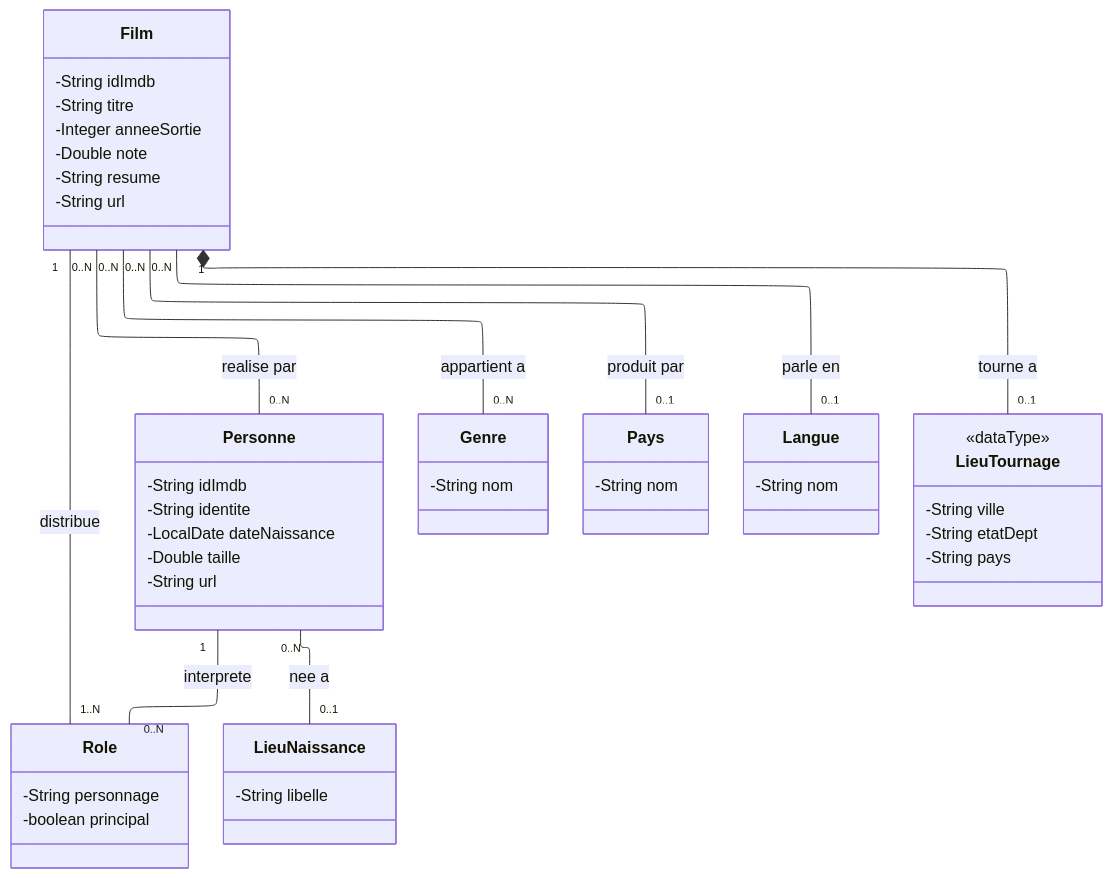
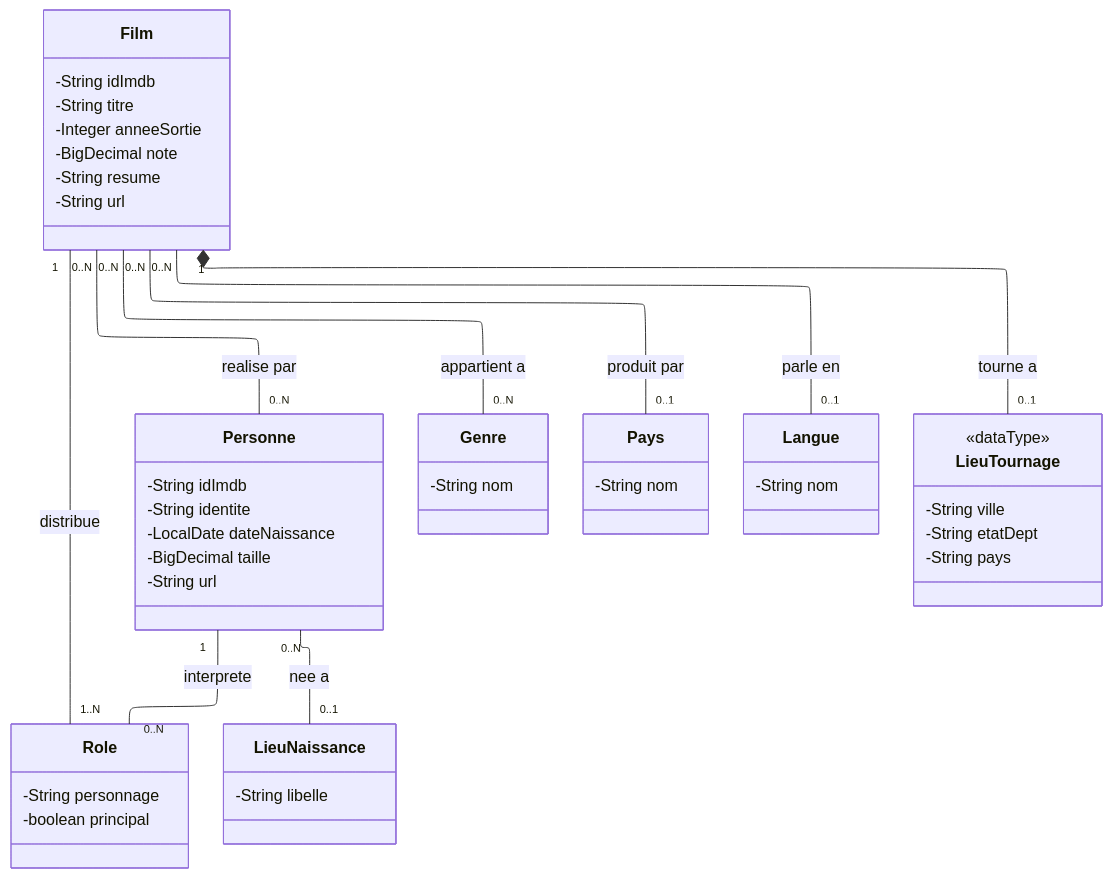
One commit to QuentinHamonic/projet-jpa changed the first of 2 diagrams in conception/conception.md. Above: the diagram before and after it, drawn with Mermaid. The commit also changed 8 other files, not shown here.

````diff
--- a/conception/conception.md
+++ b/conception/conception.md
@@ -20,64 +20,64 @@
 ```mermaid
 ---
 config:
   layout: elk
 ---
 classDiagram
     direction TB
 
     class Film {
         -String idImdb
         -String titre
         -Integer anneeSortie
-        -Double note
+        -BigDecimal note
         -String resume
         -String url
     }
 
     class Personne {
         -String idImdb
         -String identite
         -LocalDate dateNaissance
-        -Double taille
+        -BigDecimal taille
         -String url
     }
 
     class Role {
         -String personnage
         -boolean principal
     }
 
     class Genre {
         -String nom
     }
 
     class Pays {
         -String nom
     }
 
     class Langue {
         -String nom
     }
 
     class LieuNaissance {
         -String libelle
     }
 
     class LieuTournage {
         <<dataType>>
         -String ville
         -String etatDept
         -String pays
     }
 
     Film "1" -- "1..N" Role : distribue
     Personne "1" -- "0..N" Role : interprete
 
     Film "0..N" -- "0..N" Personne : realise par
     Film "0..N" -- "0..N" Genre : appartient a
     Film "0..N" -- "0..1" Pays : produit par
     Film "0..N" -- "0..1" Langue : parle en
     Film "1" *-- "0..1" LieuTournage : tourne a
 
     Personne "0..N" -- "0..1" LieuNaissance : nee a
 ```
````
